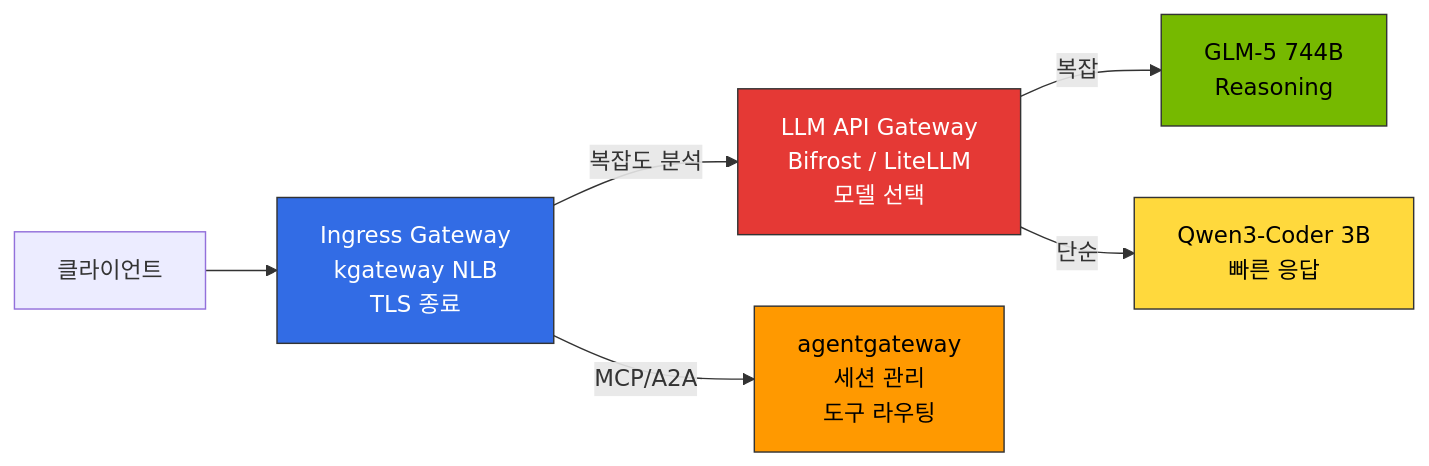
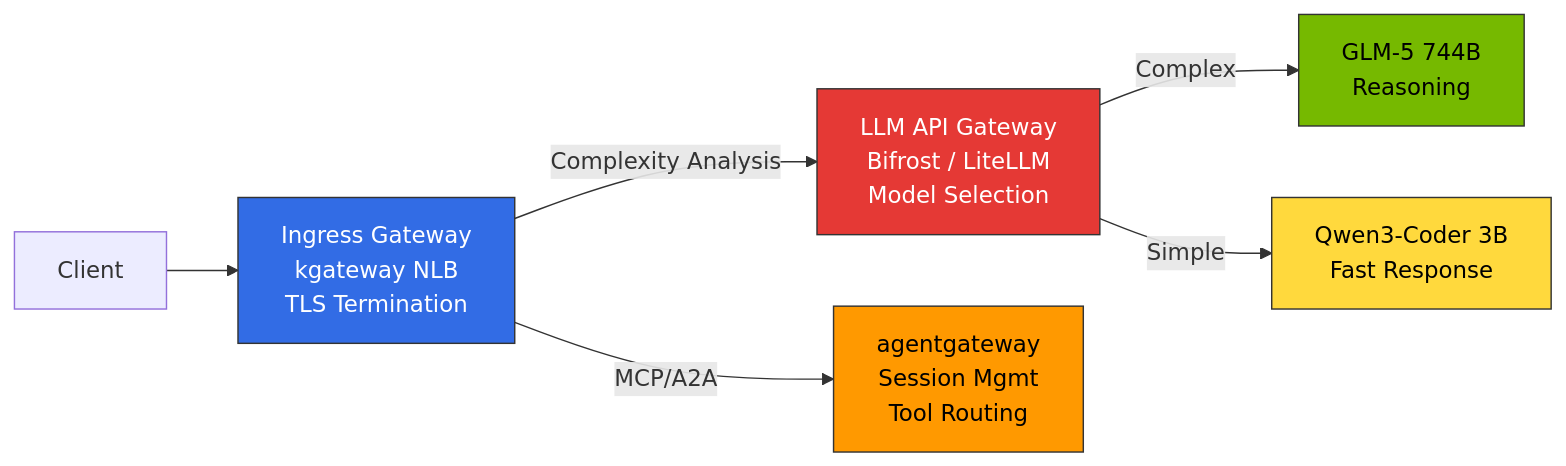
The first of 3 diagrams in docs/agentic-ai-platform/model-serving/inference-routing/routing-strategy.md (devfloor9/engineering-playbook), drawn with Mermaid before and after one commit. The commit also changed other lines of this file and 954 other files, not shown here.

````diff
--- a/docs/agentic-ai-platform/model-serving/inference-routing/routing-strategy.md
+++ b/docs/agentic-ai-platform/model-serving/inference-routing/routing-strategy.md
@@ -59,14 +55,14 @@
 ```mermaid
 graph LR
-    Client[클라이언트] --> IGW[Ingress Gateway<br/>kgateway NLB<br/>TLS 종료]
-    IGW -->|복잡도 분석| IFG[LLM API Gateway<br/>Bifrost / LiteLLM<br/>모델 선택]
-    IFG -->|복잡| LLM[GLM-5 744B<br/>Reasoning]
-    IFG -->|단순| SLM[Qwen3-Coder 3B<br/>빠른 응답]
-    IGW -->|MCP/A2A| AGW[agentgateway<br/>세션 관리<br/>도구 라우팅]
+    Client[Client] --> IGW[Ingress Gateway<br/>kgateway NLB<br/>TLS Termination]
+    IGW -->|Complexity Analysis| IFG[LLM API Gateway<br/>Bifrost / LiteLLM<br/>Model Selection]
+    IFG -->|Complex| LLM[GLM-5 744B<br/>Reasoning]
+    IFG -->|Simple| SLM[Qwen3-Coder 3B<br/>Fast Response]
+    IGW -->|MCP/A2A| AGW[agentgateway<br/>Session Mgmt<br/>Tool Routing]
 
     style IGW fill:#326ce5,stroke:#333,color:#fff
     style IFG fill:#e53935,stroke:#333,color:#fff
     style AGW fill:#ff9900,stroke:#333,color:#000
     style LLM fill:#76b900,stroke:#333,color:#000
     style SLM fill:#ffd93d,stroke:#333,color:#000
 ```
````
